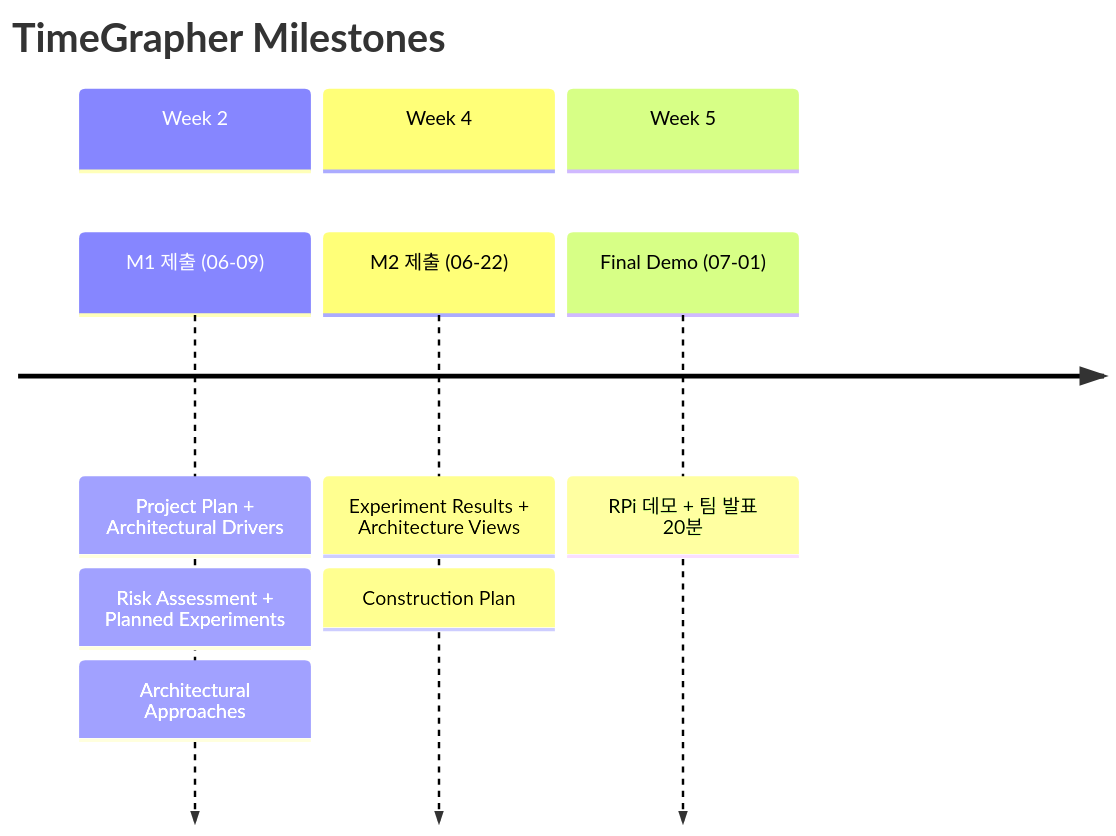
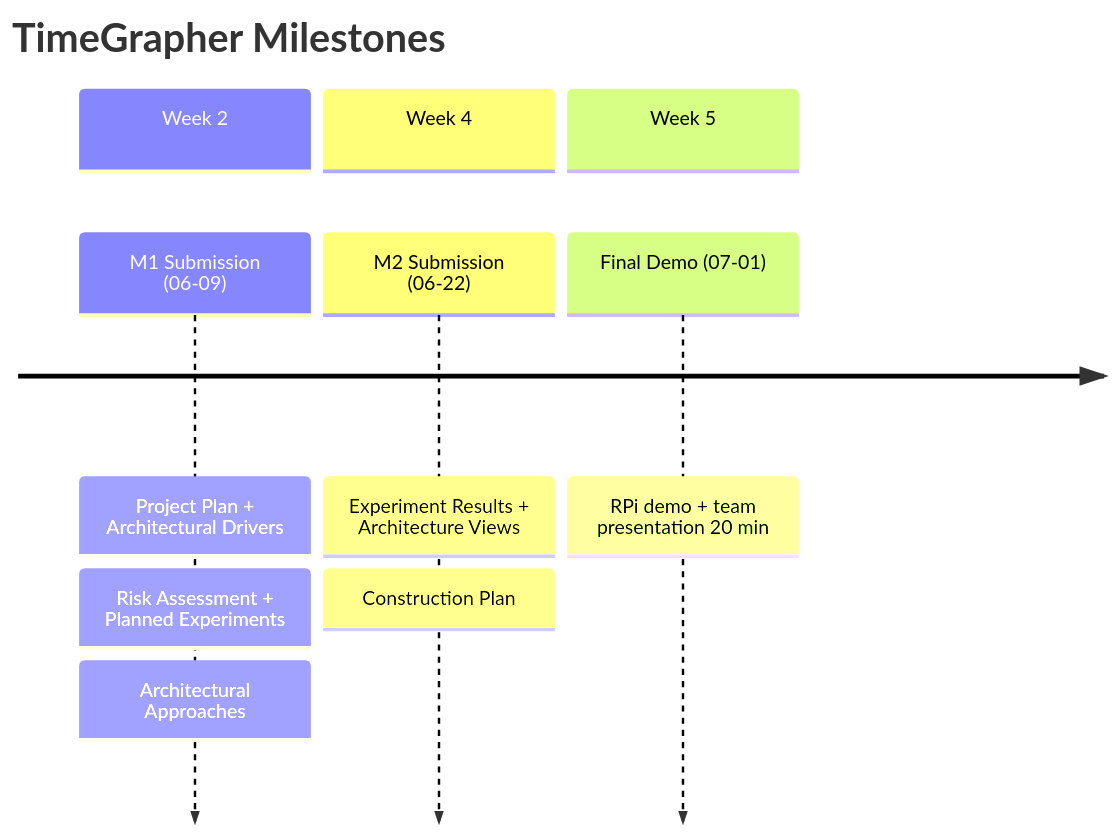
Before and after one commit to Ji-Min-Lee/time-grapher: the diagram in references/project/timetable/2026-05-29-team-meeting.md, drawn with Mermaid. The commit also changed other lines of this file and 1 other file, not shown here.

````diff
--- a/references/project/timetable/2026-05-29-team-meeting.md
+++ b/references/project/timetable/2026-05-29-team-meeting.md
@@ -45,13 +45,13 @@
 ```mermaid
 timeline
     title TimeGrapher Milestones
     section Week 2
-        M1 제출 (06-09) : Project Plan + Architectural Drivers
-                        : Risk Assessment + Planned Experiments
-                        : Architectural Approaches
+        M1 Submission (06-09) : Project Plan + Architectural Drivers
+                              : Risk Assessment + Planned Experiments
+                              : Architectural Approaches
     section Week 4
-        M2 제출 (06-22) : Experiment Results + Architecture Views
-                        : Construction Plan
+        M2 Submission (06-22) : Experiment Results + Architecture Views
+                              : Construction Plan
     section Week 5
-        Final Demo (07-01) : RPi 데모 + 팀 발표 20분
+        Final Demo (07-01) : RPi demo + team presentation 20 min
 ```
````
